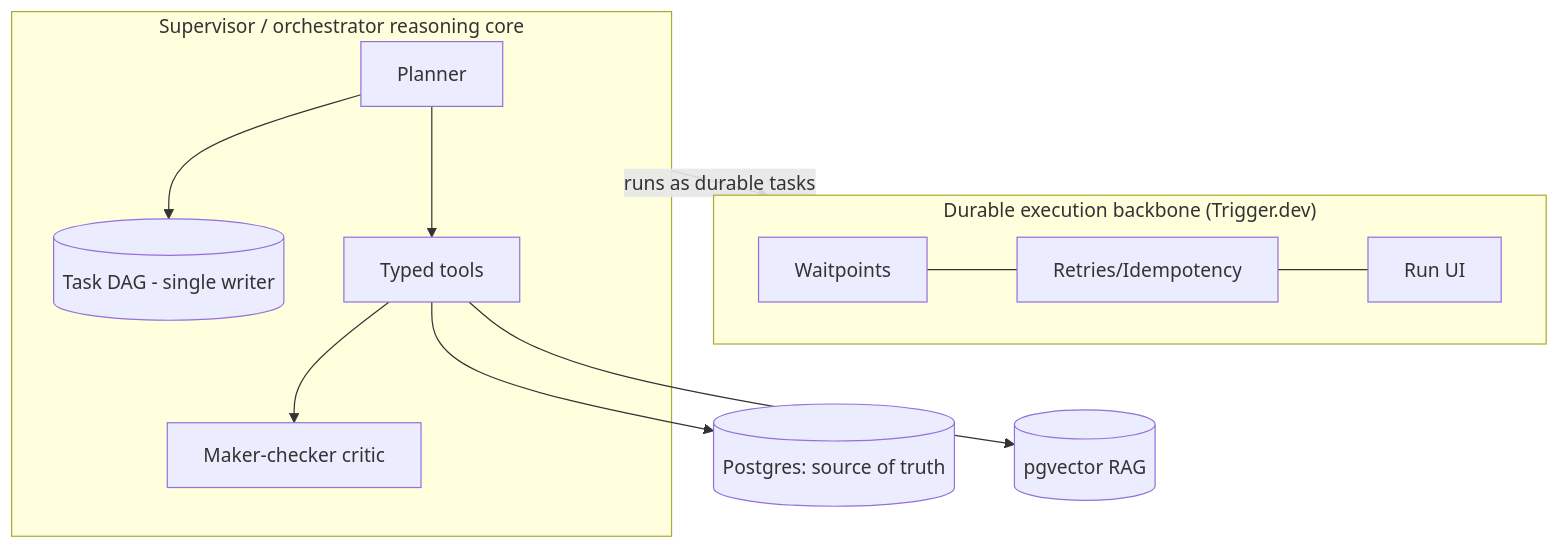
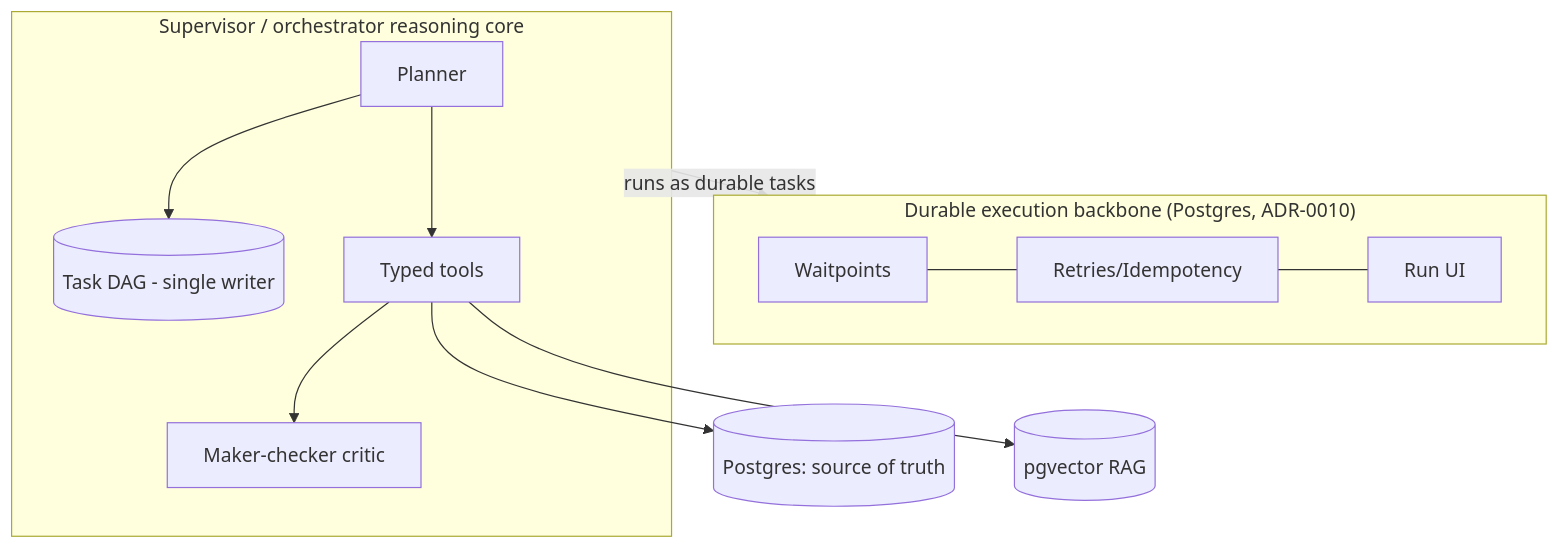
The second of 2 diagrams in docs/70-diagrams/README.md (Toko0829/octopus-ai), drawn with Mermaid before and after one commit. The commit also changed other lines of this file and 14 other files, not shown here.

````diff
--- a/docs/70-diagrams/README.md
+++ b/docs/70-diagrams/README.md
@@ -42,14 +42,14 @@
 ```mermaid
 flowchart TB
-    subgraph Backbone["Durable execution backbone (Trigger.dev)"]
+    subgraph Backbone["Durable execution backbone (Postgres, ADR-0010)"]
       W[Waitpoints] --- R[Retries/Idempotency] --- U[Run UI]
     end
     subgraph Core["Supervisor / orchestrator reasoning core"]
       P[Planner] --> DAG[(Task DAG - single writer)]
       P --> Tools[Typed tools]
       Tools --> Critic[Maker-checker critic]
     end
     Core -->|runs as durable tasks| Backbone
     Tools --> PG[(Postgres: source of truth)]
     Tools --> RAG[(pgvector RAG)]
 ```
````
